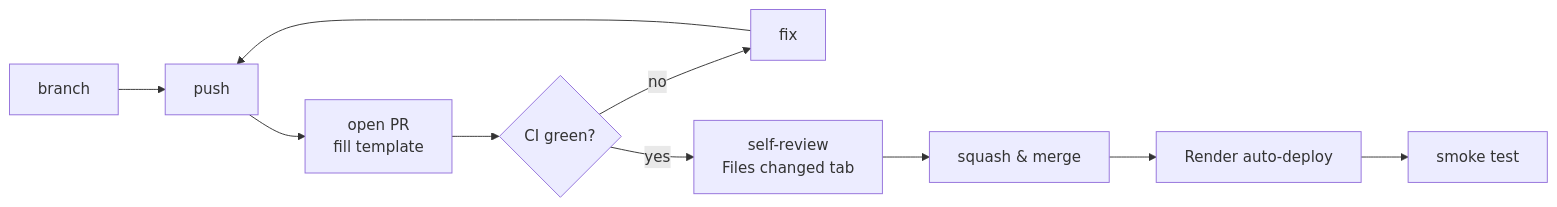
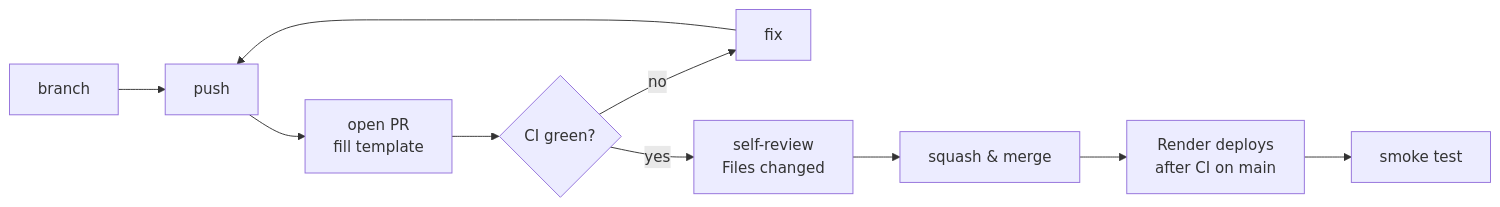
One commit to futuresfsake/realtime-chat changed the diagram in docs/07-process/workflows.md. Above: the diagram before and after it, drawn with Mermaid. The commit also changed other lines of this file and 49 other files, not shown here.

````diff
--- a/docs/07-process/workflows.md
+++ b/docs/07-process/workflows.md
@@ -20,8 +20,8 @@
 ```mermaid
 flowchart LR
     B[branch] --> P[push] --> PR[open PR<br/>fill template]
     PR --> CI{CI green?}
     CI -- no --> F[fix] --> P
-    CI -- yes --> R[self-review<br/>Files changed tab]
-    R --> M[squash & merge] --> D[Render auto-deploy] --> S[smoke test]
+    CI -- yes --> R[self-review<br/>Files changed]
+    R --> M[squash & merge] --> D[Render deploys<br/>after CI on main] --> S[smoke test]
 ```
````
